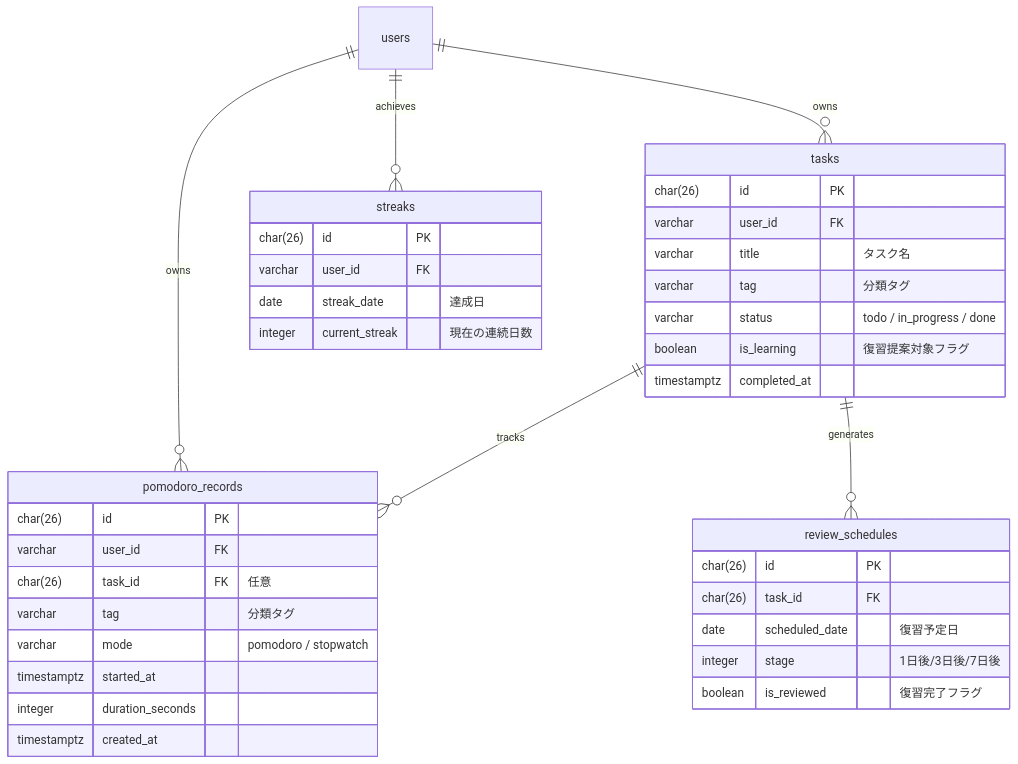
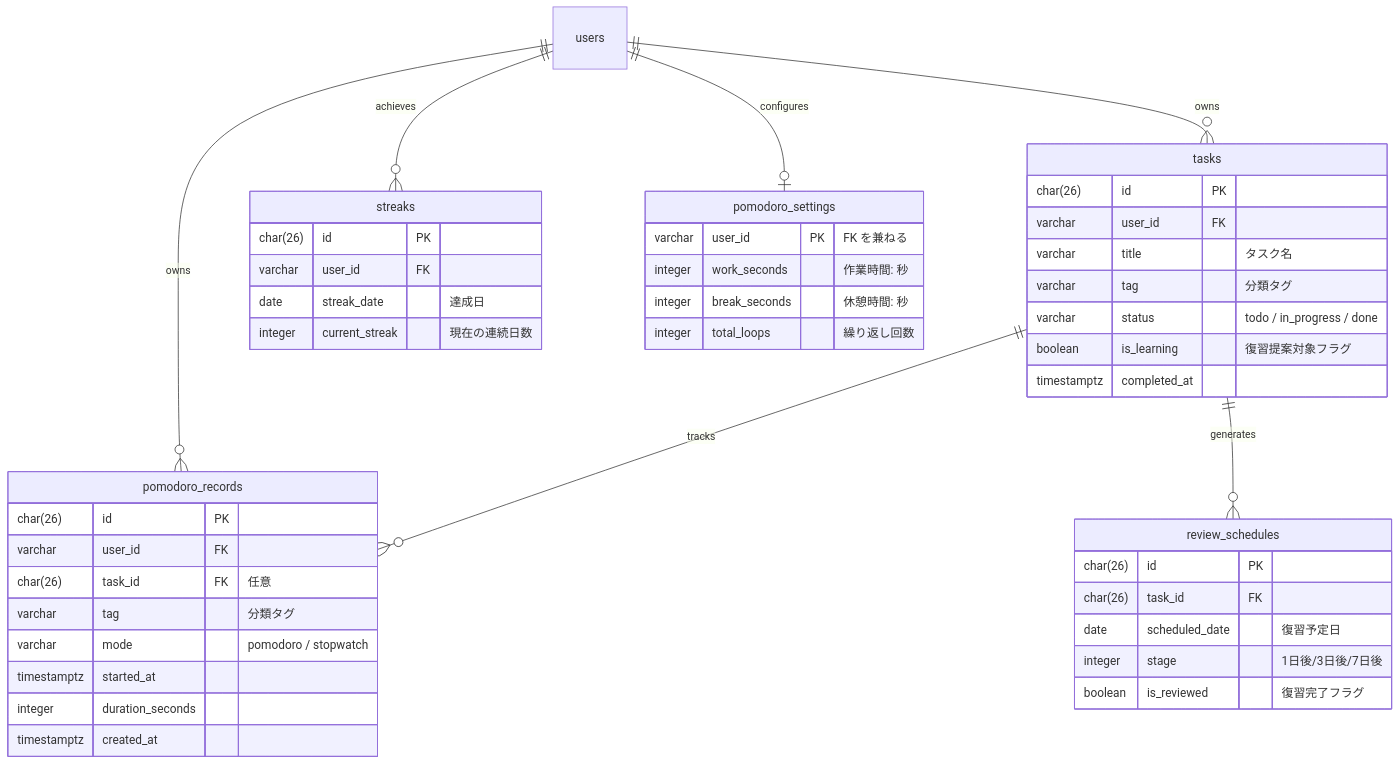
One commit to TK1730/project_setup changed the second of 2 diagrams in docs/product-spec.md. Above: the diagram before and after it, drawn with Mermaid. The commit also changed 22 other files, not shown here.

````diff
--- a/docs/product-spec.md
+++ b/docs/product-spec.md
@@ -151,44 +151,52 @@
 ```mermaid
 erDiagram
     users ||--o{ tasks : owns
     users ||--o{ pomodoro_records : owns
     users ||--o{ streaks : achieves
+    users ||--o| pomodoro_settings : configures
     tasks ||--o{ pomodoro_records : tracks
     tasks ||--o{ review_schedules : generates
 
     tasks {
         char(26) id PK
         varchar user_id FK
         varchar title "タスク名"
         varchar tag "分類タグ"
         varchar status "todo / in_progress / done"
         boolean is_learning "復習提案対象フラグ"
         timestamptz completed_at
     }
 
     pomodoro_records {
         char(26) id PK
         varchar user_id FK
         char(26) task_id FK "任意"
         varchar tag "分類タグ"
         varchar mode "pomodoro / stopwatch"
         timestamptz started_at
         integer duration_seconds
         timestamptz created_at
     }
 
+    pomodoro_settings {
+        varchar user_id PK "FK を兼ねる"
+        integer work_seconds "作業時間: 秒"
+        integer break_seconds "休憩時間: 秒"
+        integer total_loops "繰り返し回数"
+    }
+
     streaks {
         char(26) id PK
         varchar user_id FK
         date streak_date "達成日"
         integer current_streak "現在の連続日数"
     }
 
     review_schedules {
         char(26) id PK
         char(26) task_id FK
         date scheduled_date "復習予定日"
         integer stage "1日後/3日後/7日後"
         boolean is_reviewed "復習完了フラグ"
     }
 ```
````
